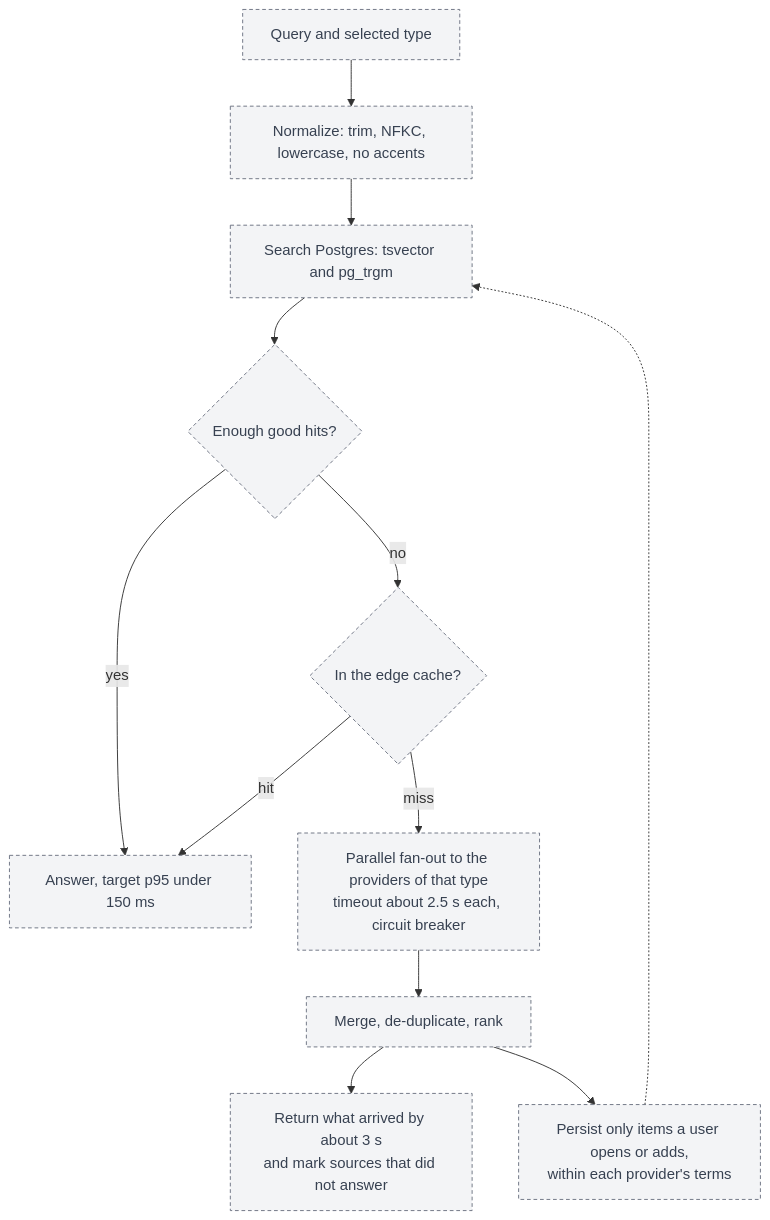
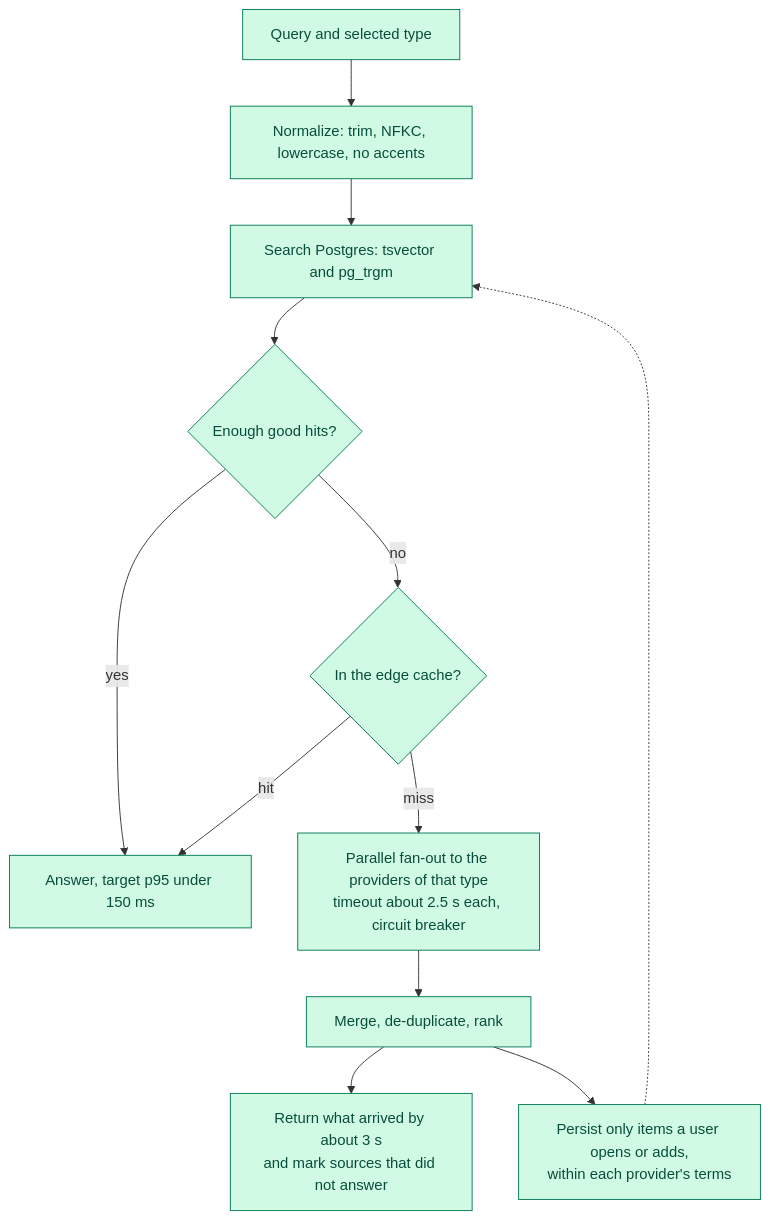
One commit to moyfdzz/sagashelf changed the third of 6 diagrams in docs/architecture.md. Above: the diagram before and after it, drawn with Mermaid. The commit also changed other lines of this file and 5 other files, not shown here.

````diff
--- a/docs/architecture.md
+++ b/docs/architecture.md
@@ -75,17 +75,17 @@
 ```mermaid
 flowchart TD
   q["Query and selected type"] --> n["Normalize: trim, NFKC, lowercase, no accents"]
   n --> l["Search Postgres: tsvector and pg_trgm"]
   l --> enough{"Enough good hits?"}
   enough -- yes --> ans["Answer, target p95 under 150 ms"]
   enough -- no --> cache{"In the edge cache?"}
   cache -- hit --> ans
   cache -- miss --> fan["Parallel fan-out to the providers of that type<br/>timeout about 2.5 s each, circuit breaker"]
   fan --> merge["Merge, de-duplicate, rank"]
   merge --> part["Return what arrived by about 3 s<br/>and mark sources that did not answer"]
   merge --> keep["Persist only items a user opens or adds,<br/>within each provider's terms"]
   keep -.-> l
 
-  classDef planned fill:#f3f4f6,stroke:#6b7280,stroke-dasharray:4 3,color:#374151
-  class q,n,l,enough,ans,cache,fan,merge,part,keep planned
+  classDef built fill:#d1fae5,stroke:#047857,color:#064e3b
+  class q,n,l,enough,ans,cache,fan,merge,part,keep built
 ```
````
